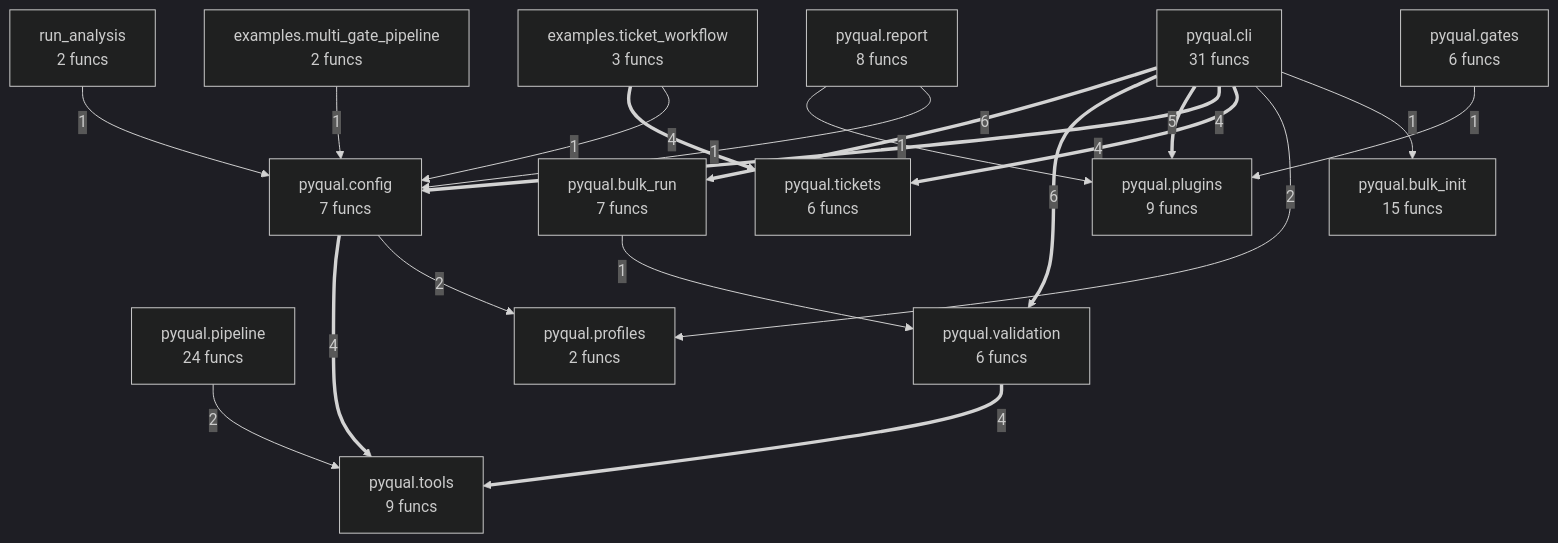
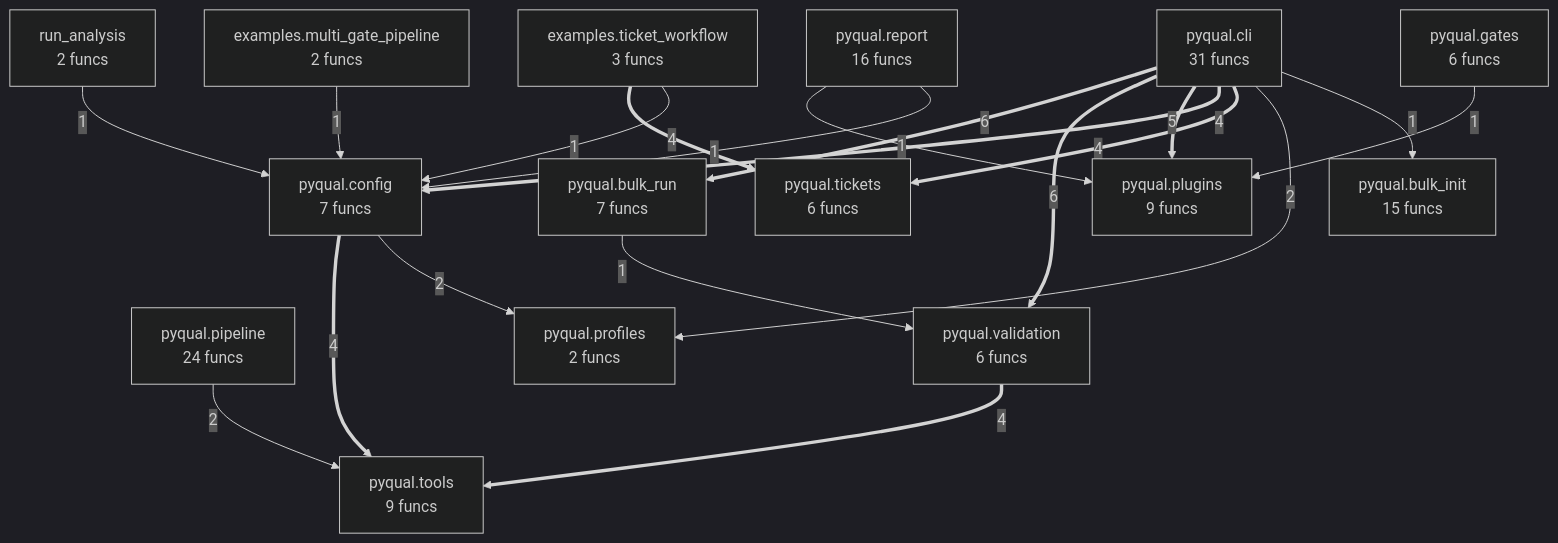
Before and after one commit to semcod/pyqual: the diagram in project/compact_flow.mmd, drawn with Mermaid (dark theme). The commit also changed 27 other files, not shown here.

```diff
--- a/project/compact_flow.mmd
+++ b/project/compact_flow.mmd
@@ -1,35 +1,35 @@
 flowchart TD
     examples__multi_gate_pipeline["examples.multi_gate_pipeline<br/>2 funcs"]
     examples__ticket_workflow["examples.ticket_workflow<br/>3 funcs"]
     pyqual__bulk_init["pyqual.bulk_init<br/>15 funcs"]
     pyqual__bulk_run["pyqual.bulk_run<br/>7 funcs"]
     pyqual__cli["pyqual.cli<br/>31 funcs"]
     pyqual__config["pyqual.config<br/>7 funcs"]
     pyqual__gates["pyqual.gates<br/>6 funcs"]
     pyqual__pipeline["pyqual.pipeline<br/>24 funcs"]
     pyqual__plugins["pyqual.plugins<br/>9 funcs"]
     pyqual__profiles["pyqual.profiles<br/>2 funcs"]
-    pyqual__report["pyqual.report<br/>8 funcs"]
+    pyqual__report["pyqual.report<br/>16 funcs"]
     pyqual__tickets["pyqual.tickets<br/>6 funcs"]
     pyqual__tools["pyqual.tools<br/>9 funcs"]
     pyqual__validation["pyqual.validation<br/>6 funcs"]
     run_analysis["run_analysis<br/>2 funcs"]
     pyqual__cli ==>|6| pyqual__bulk_run
     pyqual__cli ==>|6| pyqual__validation
     pyqual__cli ==>|5| pyqual__plugins
     examples__ticket_workflow ==>|4| pyqual__tickets
     pyqual__config ==>|4| pyqual__tools
     pyqual__cli ==>|4| pyqual__config
     pyqual__cli ==>|4| pyqual__tickets
     pyqual__validation ==>|4| pyqual__tools
     pyqual__config -->|2| pyqual__profiles
     pyqual__cli -->|2| pyqual__profiles
     pyqual__pipeline -->|2| pyqual__tools
     run_analysis -->|1| pyqual__config
     examples__ticket_workflow -->|1| pyqual__config
     examples__multi_gate_pipeline -->|1| pyqual__config
     pyqual__gates -->|1| pyqual__plugins
     pyqual__cli -->|1| pyqual__bulk_init
+    pyqual__bulk_run -->|1| pyqual__validation
     pyqual__report -->|1| pyqual__plugins
     pyqual__report -->|1| pyqual__config
-    pyqual__bulk_run -->|1| pyqual__validation
```
